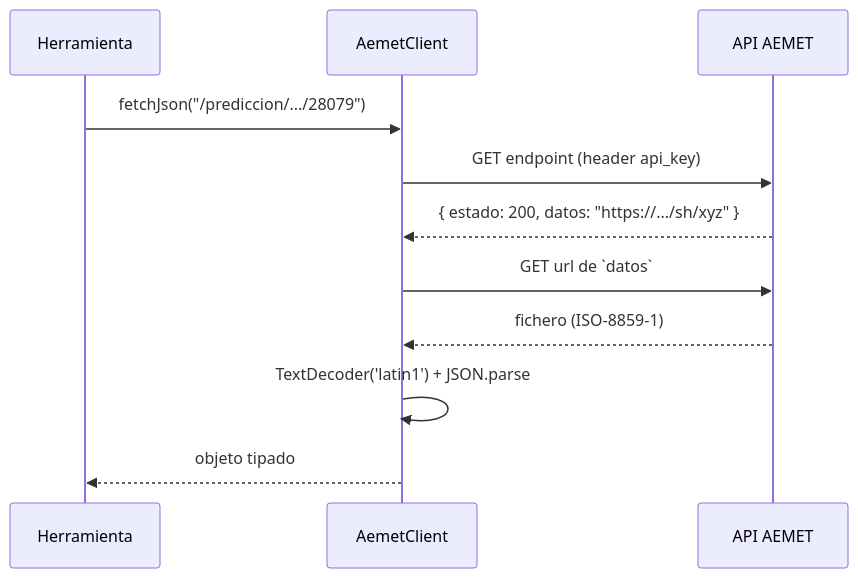
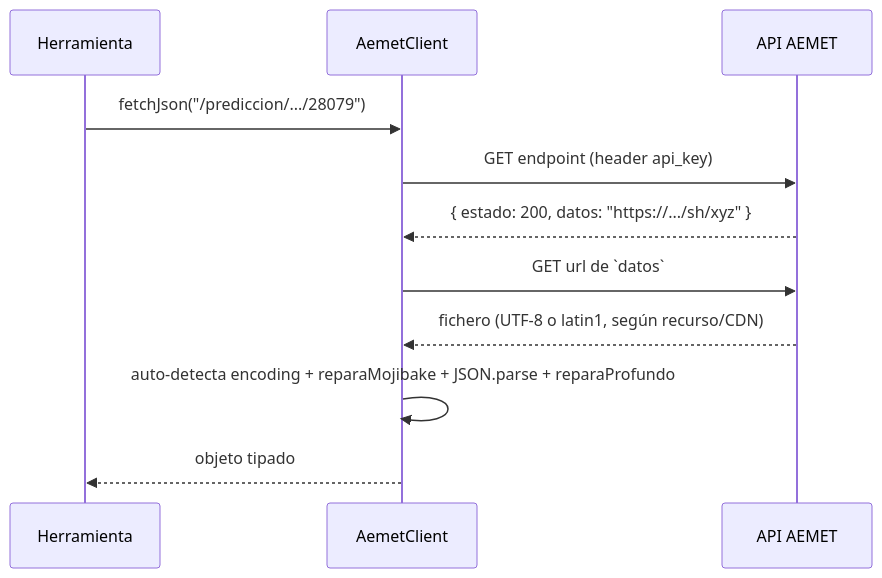
The second of 4 diagrams in docs/architecture.md (rldona/aemet-mcp), drawn with Mermaid before and after one commit. The commit also changed other lines of this file and 6 other files, not shown here.

First line of the commit message:
docs: sincroniza la documentación con el fix de encoding/mojibake de la 0.2.0

````diff
--- a/docs/architecture.md
+++ b/docs/architecture.md
@@ -56,13 +56,13 @@
 ```mermaid
 sequenceDiagram
   participant T as Herramienta
   participant C as AemetClient
   participant A as API AEMET
   T->>C: fetchJson("/prediccion/.../28079")
   C->>A: GET endpoint (header api_key)
   A-->>C: { estado: 200, datos: "https://.../sh/xyz" }
   C->>A: GET url de `datos`
-  A-->>C: fichero (ISO-8859-1)
-  C->>C: TextDecoder('latin1') + JSON.parse
+  A-->>C: fichero (UTF-8 o latin1, según recurso/CDN)
+  C->>C: auto-detecta encoding + reparaMojibake + JSON.parse + reparaProfundo
   C-->>T: objeto tipado
 ```
````
